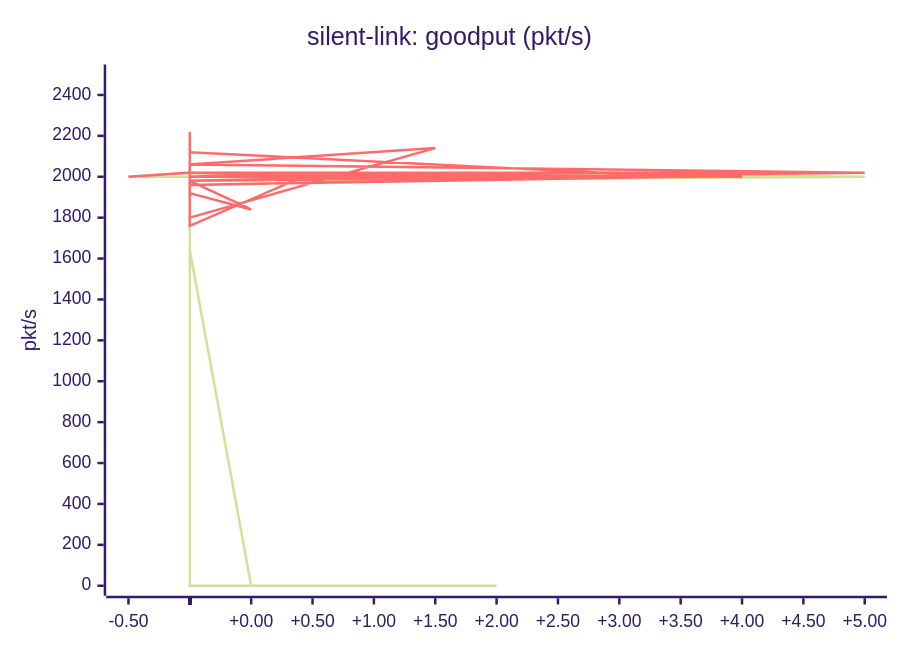
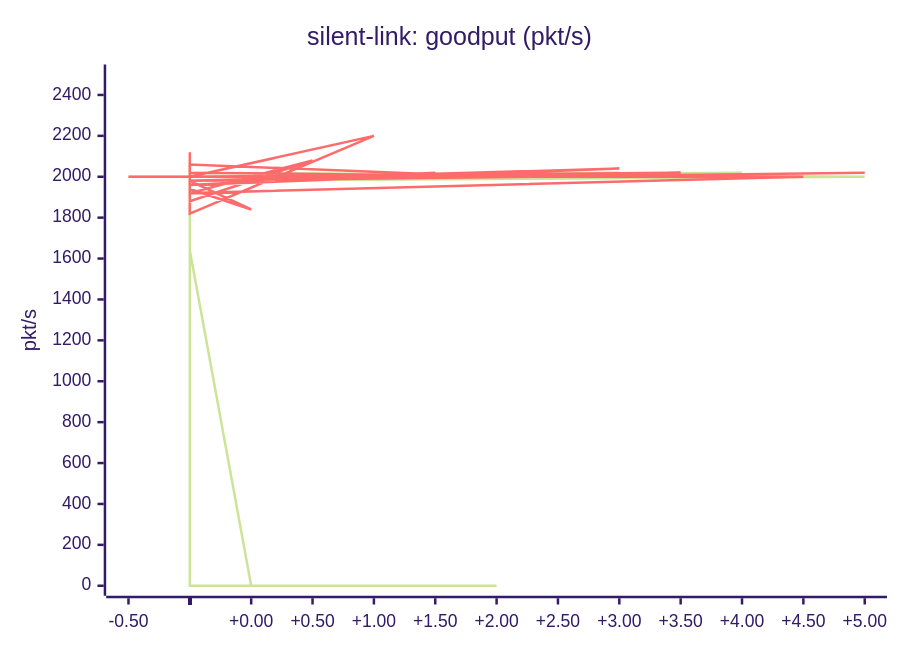
Before and after one commit to nitinbhat/clab-mrc: the second of 5 diagrams in docs/evidence/multi-plane-multi-link/README.md, drawn with Mermaid (forest theme). The commit also changed other lines of this file and 11 other files, not shown here.

Commit message:
Capture packets around a silent-link failure and add a timeline view to the decoder

````diff
--- a/docs/evidence/multi-plane-multi-link/README.md
+++ b/docs/evidence/multi-plane-multi-link/README.md
@@ -109,8 +109,8 @@
 ```mermaid
 xychart-beta
   title "silent-link: goodput (pkt/s)"
   x-axis ["-0.50", " ", " ", " ", " ", " ", " ", " ", " ", " ", "+0.00", " ", " ", " ", " ", " ", " ", " ", " ", " ", "+0.50", " ", " ", " ", " ", " ", " ", " ", " ", " ", "+1.00", " ", " ", " ", " ", " ", " ", " ", " ", " ", "+1.50", " ", " ", " ", " ", " ", " ", " ", " ", " ", "+2.00", " ", " ", " ", " ", " ", " ", " ", " ", " ", "+2.50", " ", " ", " ", " ", " ", " ", " ", " ", " ", "+3.00", " ", " ", " ", " ", " ", " ", " ", " ", " ", "+3.50", " ", " ", " ", " ", " ", " ", " ", " ", " ", "+4.00", " ", " ", " ", " ", " ", " ", " ", " ", " ", "+4.50", " ", " ", " ", " ", " ", " ", " ", " ", " ", "+5.00", " ", " ", " "]
   y-axis "pkt/s" 0 --> 2500
   line [2000, 2000, 2000, 2000, 2000, 2000, 2000, 1980, 2020, 1640, 0, 0, 0, 0, 0, 0, 0, 0, 0, 0, 0, 0, 0, 0, 0, 0, 0, 0, 0, 0, 0, 0, 0, 0, 0, 0, 0, 0, 0, 0, 0, 0, 0, 0, 0, 0, 0, 0, 0, 0, 0, 0, 0, 0, 0, 1120, 2000, 2000, 1980, 2000, 2020, 2000, 2000, 2000, 2000, 2000, 1960, 2060, 1980, 1980, 2020, 2000, 2000, 2000, 1980, 2020, 1920, 2080, 2000, 2000, 2020, 1980, 2020, 1980, 2000, 2000, 2000, 2000, 2000, 2000, 2020, 2000, 2000, 1980, 2000, 2000, 2000, 2000, 1980, 2020, 2000, 2020, 1980, 2020, 1880, 2080, 2020, 2000, 2020, 1980, 2000, 2020, 1980, 2020]
-  line [2000, 2020, 1980, 2000, 2000, 1860, 2160, 2000, 1960, 1920, 1840, 1980, 2040, 2000, 2000, 1980, 1960, 2060, 1980, 2000, 2020, 1760, 2220, 2000, 2000, 2020, 1880, 2120, 2000, 1980, 2000, 2020, 1980, 2020, 1980, 2000, 1960, 2020, 2040, 1800, 2140, 2060, 2000, 2000, 2000, 2000, 1980, 2000, 2000, 2020, 2000, 2000, 1860, 2140, 2000, 2000, 1940, 2060, 1980, 2000, 2000, 2000, 2000, 2020, 1960, 2020, 1980, 2000, 2020, 2020, 2000, 2000, 2000, 2000, 1960, 2020, 2020, 1960, 1920, 2120, 2000, 1960, 2040, 2000, 2000, 2000, 2000, 1920, 2060, 2020, 2000, 2000, 1980, 2020, 2000, 2000, 1980, 2040, 2000, 1960, 2020, 2020, 1980, 1900, 2080, 2020, 2000, 2020, 1900, 2060, 2020, 1980, 2000, 2040]
+  line [2000, 2000, 2020, 1960, 2040, 2000, 2000, 2000, 2000, 1940, 1840, 1980, 2020, 1940, 2060, 1980, 2020, 1980, 2020, 1920, 2080, 1880, 2120, 1980, 2000, 2020, 2000, 1960, 2020, 1820, 2200, 2000, 1960, 2000, 2040, 2000, 1980, 2000, 2020, 1960, 2020, 1960, 2060, 2000, 1940, 2040, 2020, 2000, 1940, 2060, 2000, 2000, 2000, 2000, 2000, 1980, 2020, 2000, 1980, 2020, 2000, 2000, 2000, 2000, 2000, 2000, 1980, 2020, 2000, 1960, 2040, 1980, 2020, 1940, 2060, 2000, 2000, 1980, 2020, 1980, 2020, 2000, 1960, 2000, 2040, 2000, 1860, 2100, 2040, 2000, 2000, 2000, 2020, 1980, 1960, 2020, 2020, 2000, 2000, 2000, 2000, 1920, 2020, 2080, 1860, 2080, 2040, 2000, 2020, 1980, 2020, 1980, 2020, 1940]
 ```
````
